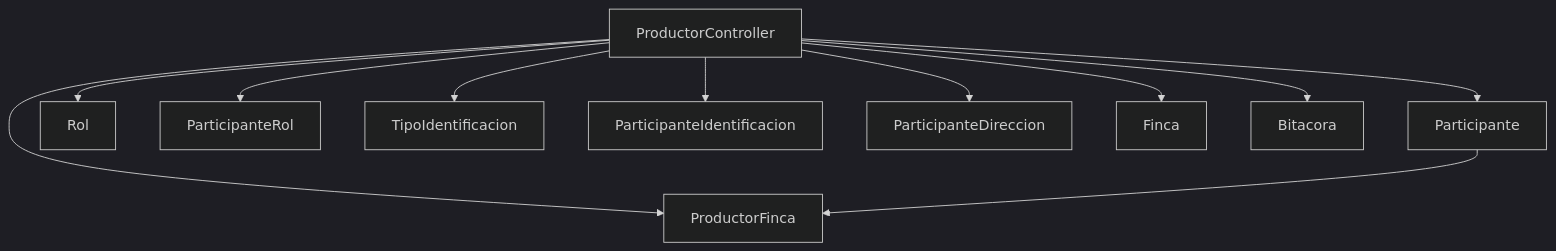
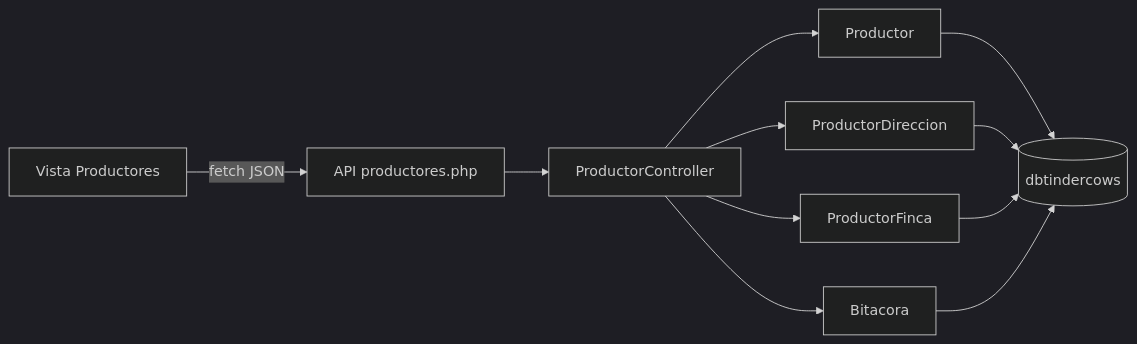
The diagram in Documentation/DAplicacion.md (DilanRC/Proyecto-Paradigmas), drawn with Mermaid (dark theme) before and after one commit. The commit also changed other lines of this file and 53 other files, not shown here.

````diff
--- a/Documentation/DAplicacion.md
+++ b/Documentation/DAplicacion.md
@@ -29,14 +3,13 @@
 ```mermaid
-flowchart TD
-    C[ProductorController]
-    C --> P[Participante]
-    C --> R[Rol]
-    C --> PR[ParticipanteRol]
-    C --> T[TipoIdentificacion]
-    C --> I[ParticipanteIdentificacion]
-    C --> D[ParticipanteDireccion]
-    C --> F[Finca]
-    C --> PF[ProductorFinca]
+flowchart LR
+    V[Vista Productores] -->|fetch JSON| A[API productores.php]
+    A --> C[ProductorController]
+    C --> P[Productor]
+    C --> D[ProductorDireccion]
+    C --> F[ProductorFinca]
     C --> B[Bitacora]
-    P --> PF
+    P --> DB[(dbtindercows)]
+    D --> DB
+    F --> DB
+    B --> DB
 ```
````
